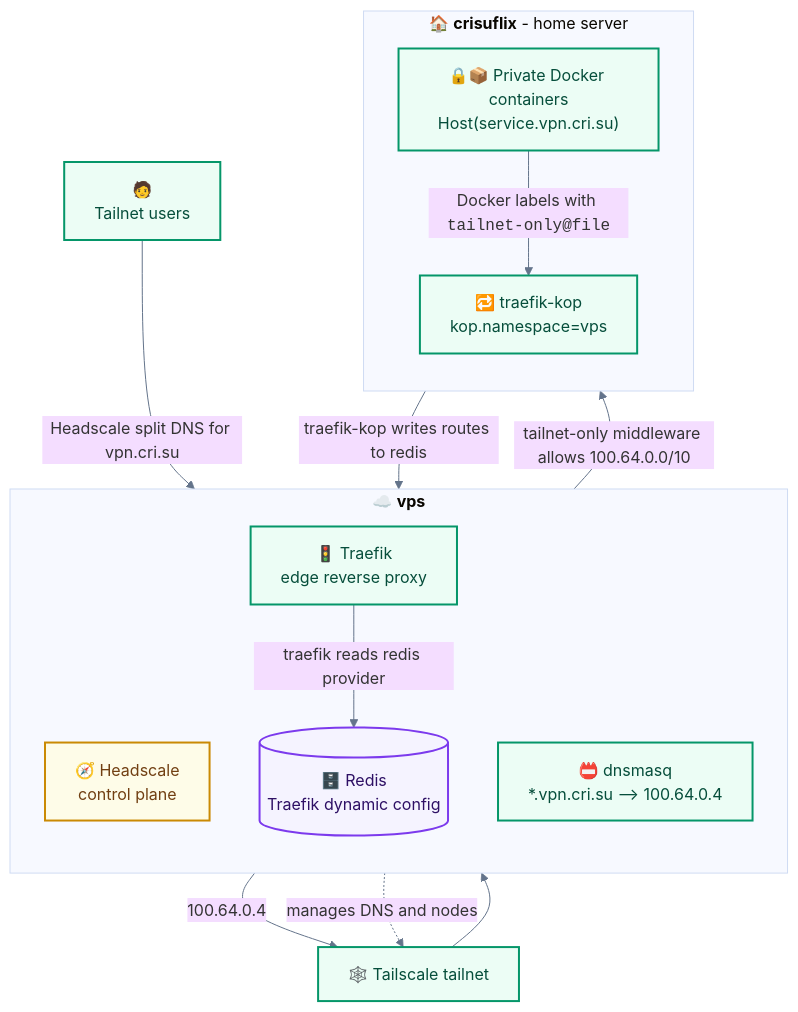
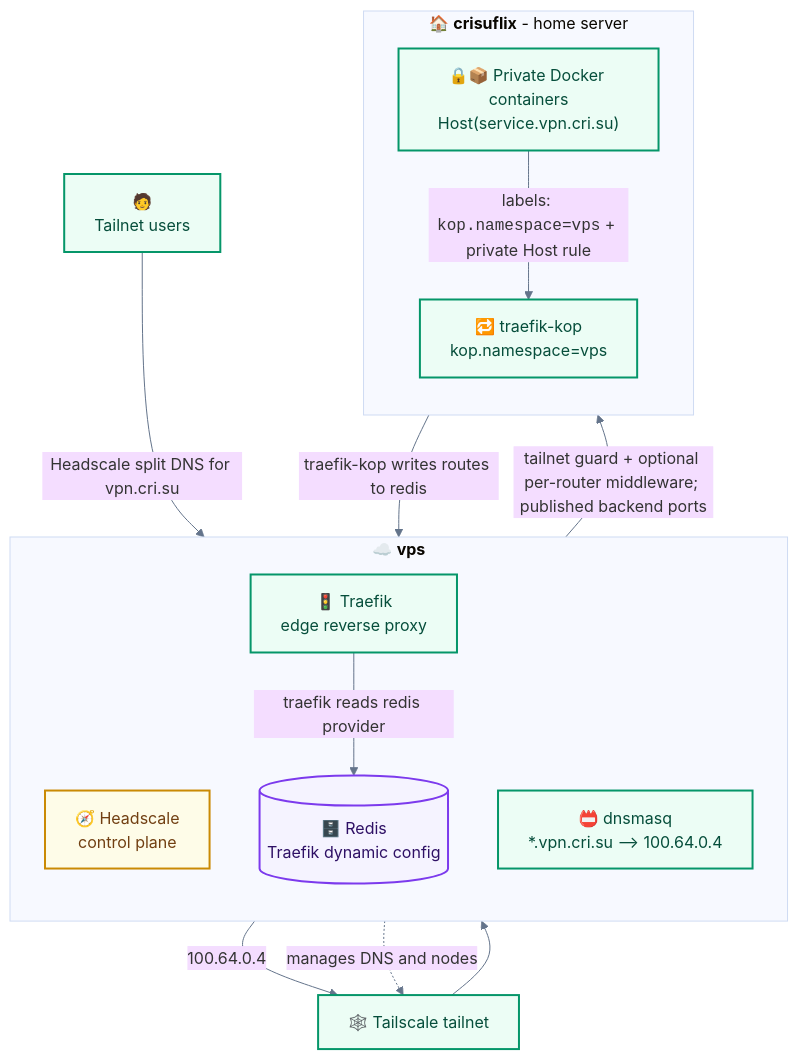
Before and after one commit to llego/nixconfig: the second of 2 diagrams in README.md, drawn with Mermaid. The commit also changed other lines of this file, not shown here.

First line of the commit message:
Align routing documentation with traefik-kop conventions

````diff
--- a/README.md
+++ b/README.md
@@ -76,37 +101,37 @@
 ```mermaid
 %%{init: {"theme": "base", "themeVariables": {"fontFamily": "ui-sans-serif, system-ui, sans-serif", "primaryBorderColor": "#64748b", "lineColor": "#64748b"}}}%%
 flowchart TB
   classDef tailnet fill:#ecfdf5,stroke:#059669,color:#064e3b,stroke-width:2px
   classDef dns fill:#f8fafc,stroke:#64748b,color:#334155,stroke-width:2px
   classDef control fill:#fefce8,stroke:#ca8a04,color:#713f12,stroke-width:2px
   classDef data fill:#f5f3ff,stroke:#7c3aed,color:#2e1065,stroke-width:2px
 
   subgraph TailnetVPS["☁️ <strong>vps</strong>"]
     direction TB
     Headscale["🧭 Headscale<br/>control plane"]
     Dnsmasq["📛 dnsmasq<br/>*.vpn.cri.su --> 100.64.0.4"]
     EdgeTraefik["🚦 Traefik<br/>edge reverse proxy"]
     Redis[("🗄️ Redis<br/>Traefik dynamic config")]
   end
 
   subgraph TailnetCrisuflix["🏠 <strong>crisuflix</strong> - home server"]
     direction TB
     Kop["🔁 traefik-kop<br/>kop.namespace=vps"]
     PrivateContainers["🔒📦 Private Docker containers<br/>Host(service.vpn.cri.su)"]
   end
 
   TailnetUsers["🧑<br/>Tailnet users"] -->|Headscale split DNS for vpn.cri.su| Dnsmasq
   Dnsmasq -->|100.64.0.4| Tailnet["🕸️ Tailscale tailnet"]
   Headscale -. manages DNS and nodes .-> Tailnet
   Tailnet --> EdgeTraefik
-  PrivateContainers -->|Docker labels with <code>tailnet-only@file</code>| Kop
+  PrivateContainers -->|labels: <code>kop.namespace=vps</code> + private Host rule| Kop
   Kop -->|traefik-kop writes routes to redis| Redis
   EdgeTraefik -->|traefik reads redis provider| Redis
-  EdgeTraefik -->|tailnet-only middleware allows 100.64.0.0/10| PrivateContainers
+  EdgeTraefik -->|tailnet guard + optional per-router middleware; published backend ports| PrivateContainers
 
   click Kop "https://github.com/jittering/traefik-kop" "Follow link"
 
   class TailnetUsers,Tailnet,Dnsmasq,EdgeTraefik,PrivateContainers,Kop tailnet
   class Headscale control
   class Redis data
 ```
````
